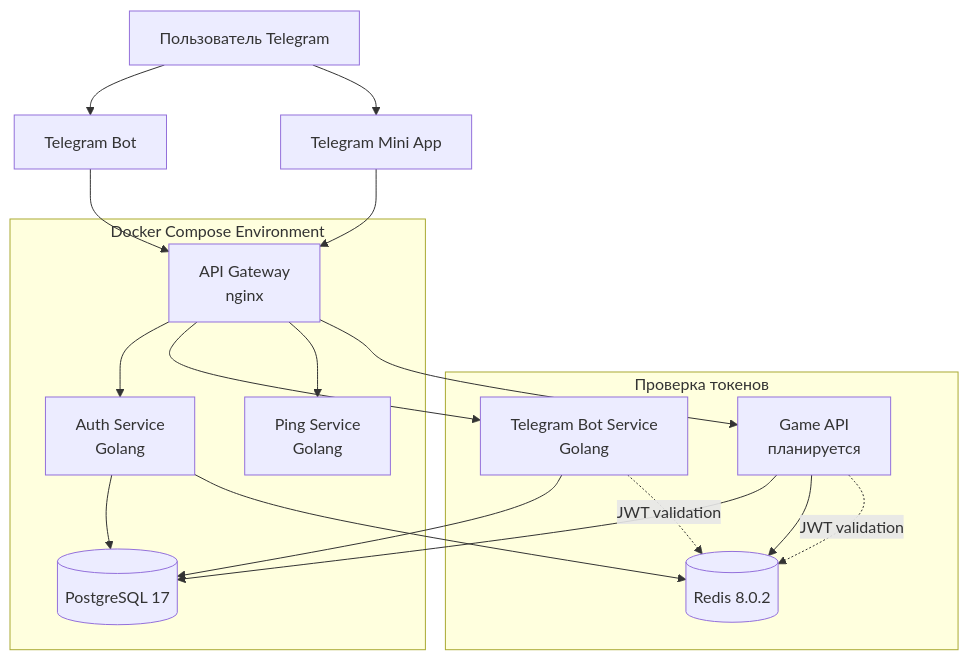
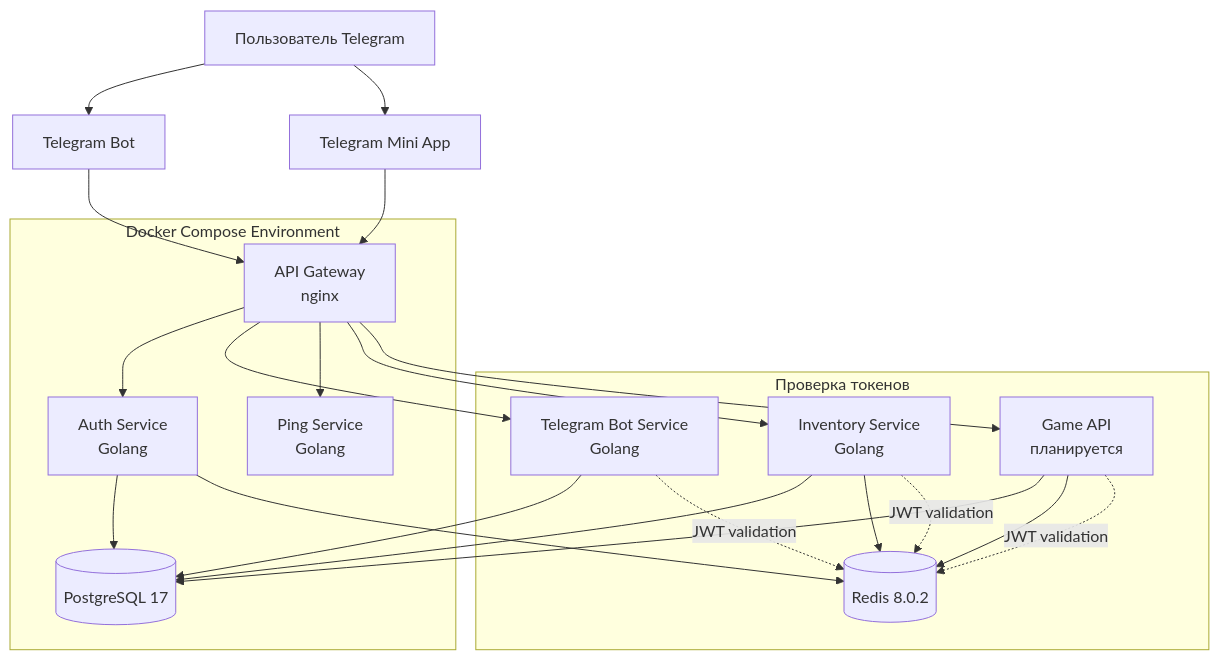
The first of 3 diagrams in docs/architecture/architecture.md (dpetrakov/shard_legends), drawn with Mermaid before and after one commit. The commit also changed other lines of this file and 11 other files, not shown here.

````diff
--- a/docs/architecture/architecture.md
+++ b/docs/architecture/architecture.md
@@ -28,32 +28,37 @@
 ```mermaid
 graph TB
     User[Пользователь Telegram] --> Bot[Telegram Bot]
     User --> TMA[Telegram Mini App]
     Bot --> Gateway[API Gateway<br/>nginx]
     TMA --> Gateway
     Gateway --> AuthService[Auth Service<br/>Golang]
     Gateway --> BotService[Telegram Bot Service<br/>Golang]
     Gateway --> PingService[Ping Service<br/>Golang]
+    Gateway --> InventoryService[Inventory Service<br/>Golang]
     Gateway --> GameAPI[Game API<br/>планируется]
     
     AuthService --> DB[(PostgreSQL 17)]
     AuthService --> Cache[(Redis 8.0.2)]
     BotService --> DB
+    InventoryService --> DB
+    InventoryService --> Cache
     GameAPI --> DB
     GameAPI --> Cache
     
     subgraph "Проверка токенов"
         GameAPI -.->|JWT validation| Cache
         BotService -.->|JWT validation| Cache
+        InventoryService -.->|JWT validation| Cache
     end
     
     subgraph "Docker Compose Environment"
         Gateway
         AuthService
         BotService
         PingService
+        InventoryService
         GameAPI
         DB
         Cache
     end
 ```
````
